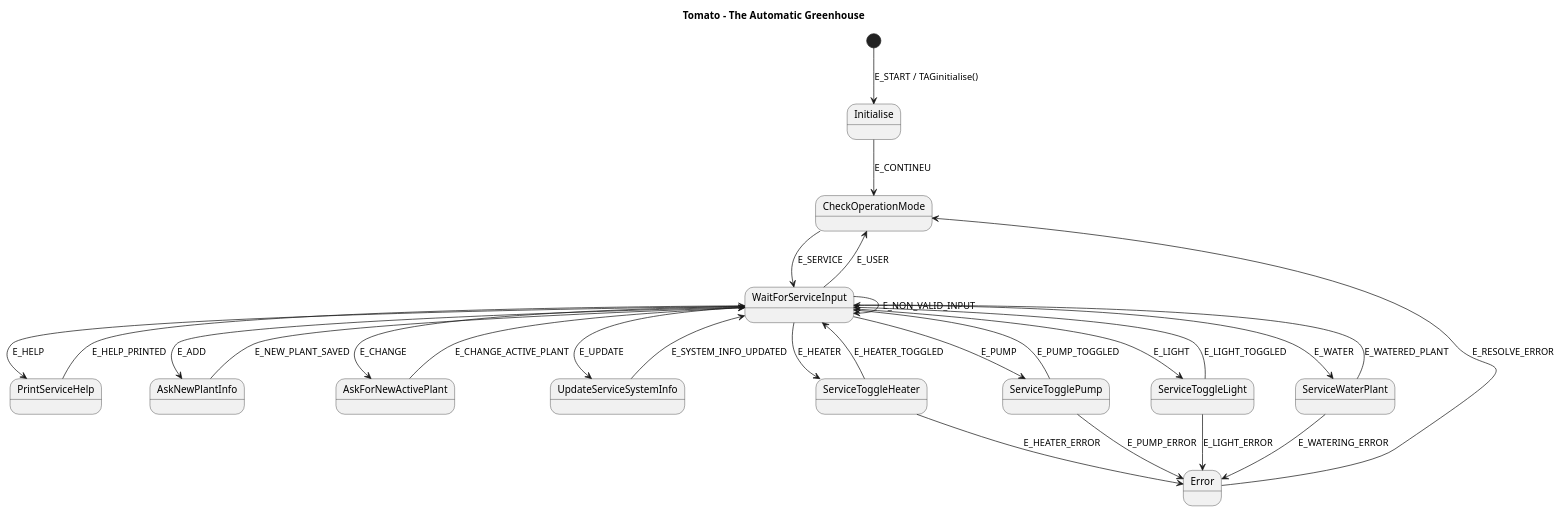
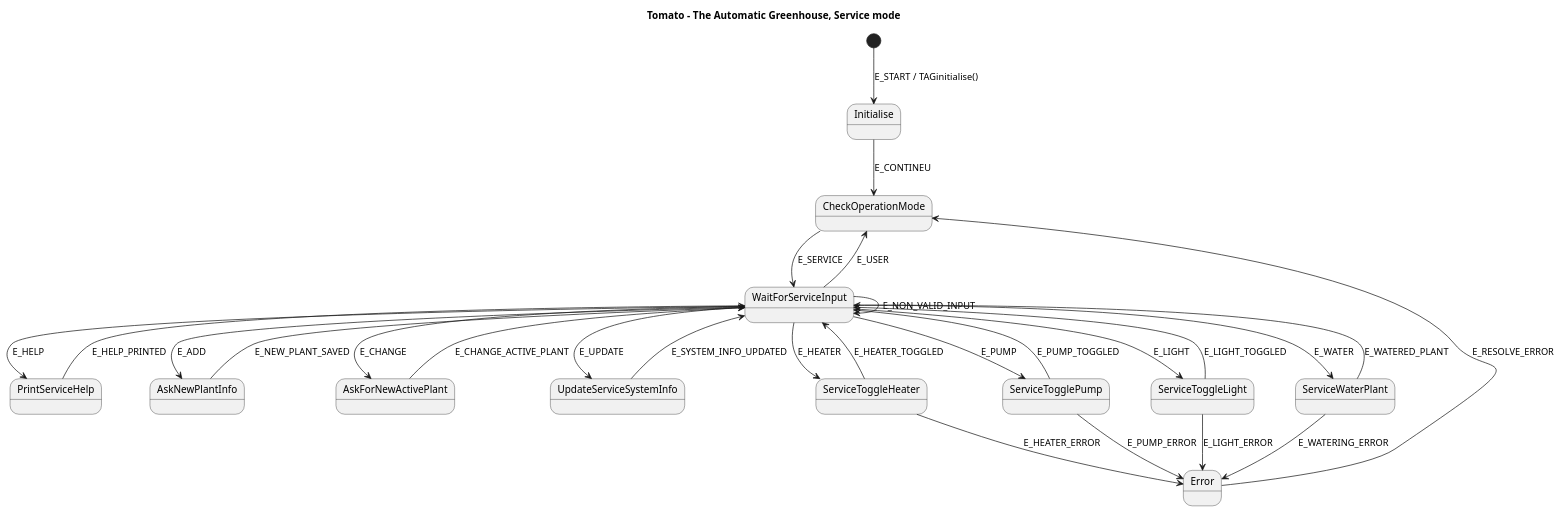
The diagram in Tomato_UML/Tomato service UML.puml (r1r3nn3/Tomato), drawn with PlantUML before and after one commit. The commit also changed 9 other files, not shown here.

```diff
--- a/Tomato_UML/Tomato service UML.puml
+++ b/Tomato_UML/Tomato service UML.puml
@@ -1,43 +1,43 @@
 @startuml
 
-title Tomato - The Automatic Greenhouse
+title Tomato - The Automatic Greenhouse, Service mode
 
 [*] --> Initialise : E_START / TAGinitialise()
 Initialise --> CheckOperationMode : E_CONTINEU
 
 CheckOperationMode --> WaitForServiceInput : E_SERVICE
 
 WaitForServiceInput --> PrintServiceHelp : E_HELP
 PrintServiceHelp --> WaitForServiceInput : E_HELP_PRINTED
 
 WaitForServiceInput --> WaitForServiceInput : E_NON_VALID_INPUT
 WaitForServiceInput --> CheckOperationMode : E_USER
 
 WaitForServiceInput --> AskNewPlantInfo : E_ADD
 AskNewPlantInfo --> WaitForServiceInput : E_NEW_PLANT_SAVED
 
 WaitForServiceInput --> AskForNewActivePlant : E_CHANGE
 AskForNewActivePlant --> WaitForServiceInput : E_CHANGE_ACTIVE_PLANT
 
 WaitForServiceInput --> UpdateServiceSystemInfo : E_UPDATE
 UpdateServiceSystemInfo --> WaitForServiceInput : E_SYSTEM_INFO_UPDATED
 
 WaitForServiceInput --> ServiceToggleHeater : E_HEATER
 ServiceToggleHeater --> WaitForServiceInput : E_HEATER_TOGGLED
 ServiceToggleHeater --> Error : E_HEATER_ERROR
 
 WaitForServiceInput --> ServiceTogglePump : E_PUMP
 ServiceTogglePump --> WaitForServiceInput : E_PUMP_TOGGLED
 ServiceTogglePump --> Error : E_PUMP_ERROR
 
 WaitForServiceInput --> ServiceToggleLight : E_LIGHT
 ServiceToggleLight --> WaitForServiceInput : E_LIGHT_TOGGLED
 ServiceToggleLight --> Error : E_LIGHT_ERROR
 
 WaitForServiceInput --> ServiceWaterPlant : E_WATER
 ServiceWaterPlant --> WaitForServiceInput : E_WATERED_PLANT
 ServiceWaterPlant --> Error : E_WATERING_ERROR
 
 Error --> CheckOperationMode : E_RESOLVE_ERROR
 
 @enduml
```
